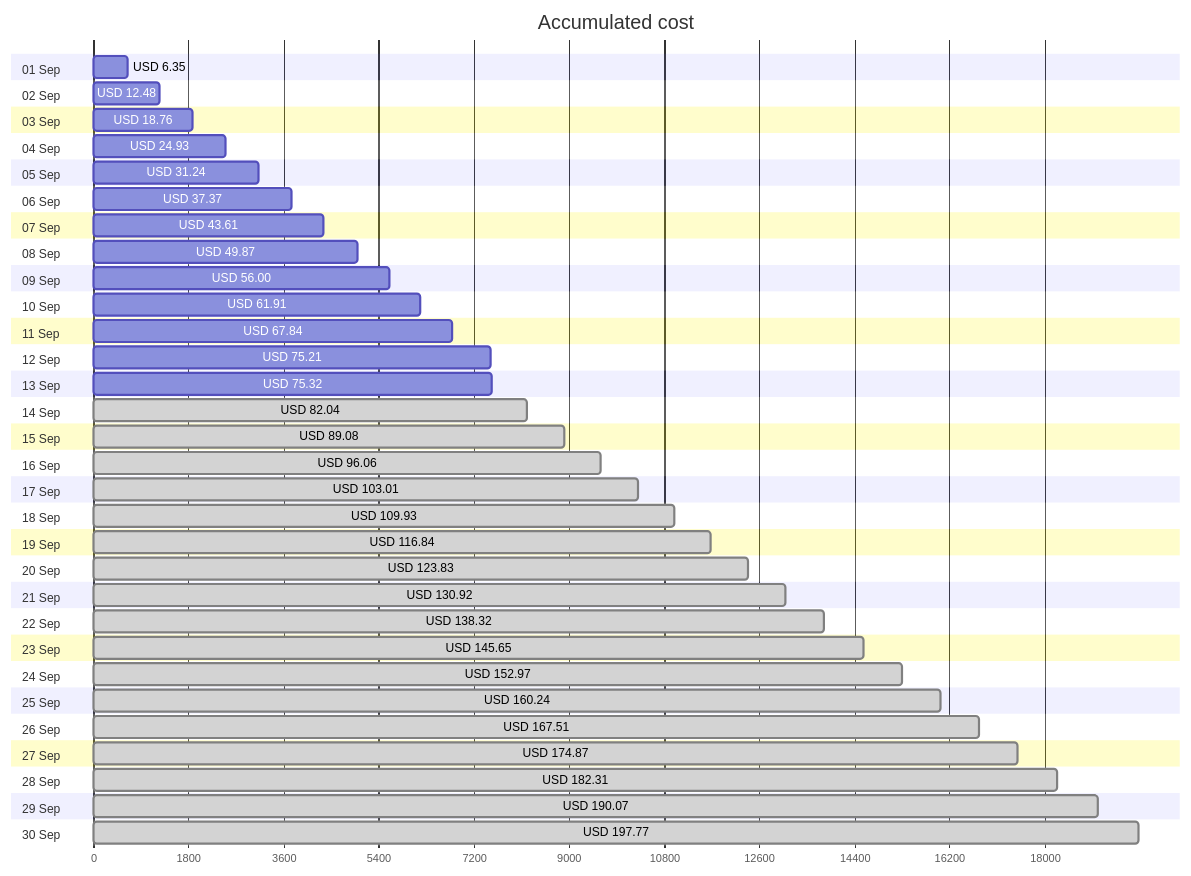
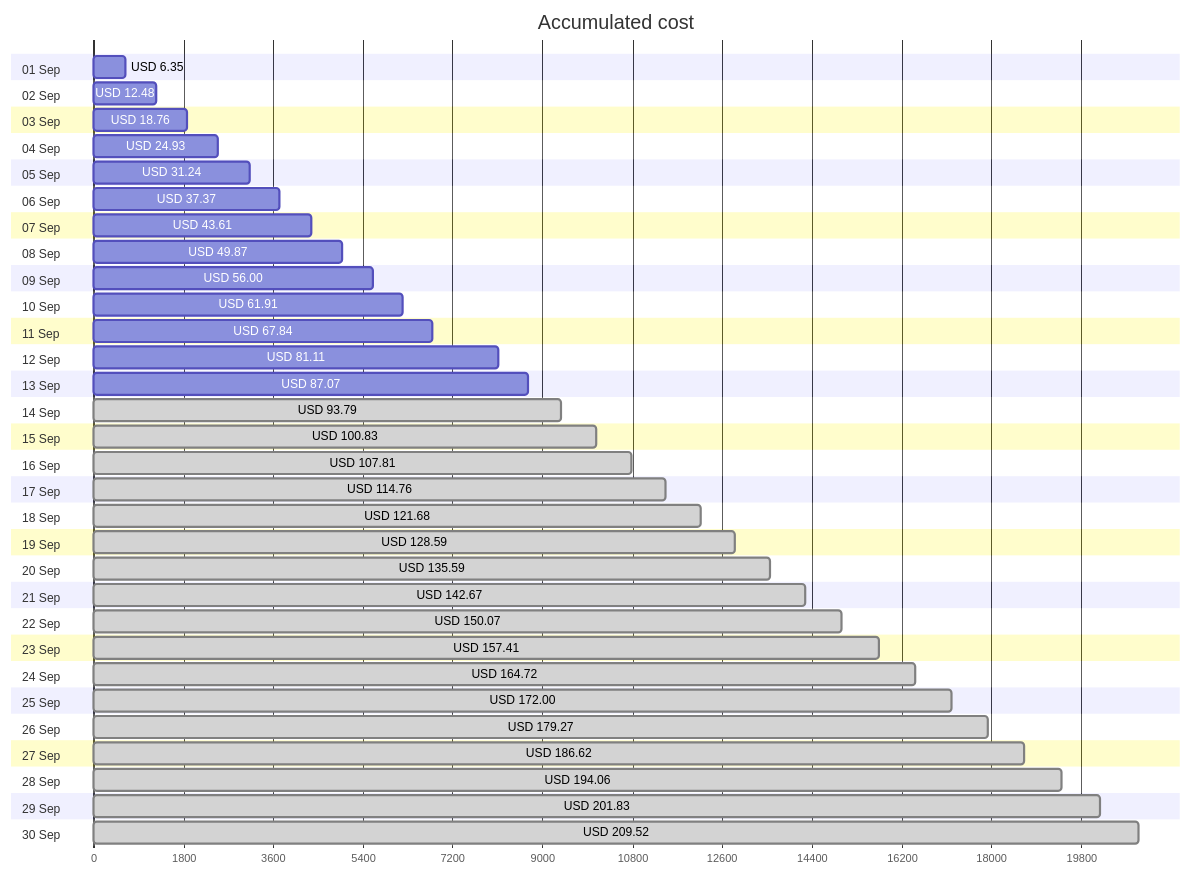
Before and after one commit to jpfulton/azure-personal-reports: the first of 4 diagrams in cost-reports/accumulated-cost.md, drawn with Mermaid. The commit also changed other lines of this file and 2 other files, not shown here.

````diff
--- a/cost-reports/accumulated-cost.md
+++ b/cost-reports/accumulated-cost.md
@@ -20,66 +20,66 @@
 ```mermaid
 gantt
    title Accumulated cost
    dateFormat  X
    axisFormat %s
    section 01 Sep
    USD 6.35 :0, 635
    section 02 Sep
    USD 12.48 :0, 1248
    section 03 Sep
    USD 18.76 :0, 1876
    section 04 Sep
    USD 24.93 :0, 2493
    section 05 Sep
    USD 31.24 :0, 3124
    section 06 Sep
    USD 37.37 :0, 3737
    section 07 Sep
    USD 43.61 :0, 4361
    section 08 Sep
    USD 49.87 :0, 4987
    section 09 Sep
    USD 56.00 :0, 5600
    section 10 Sep
    USD 61.91 :0, 6191
    section 11 Sep
    USD 67.84 :0, 6784
    section 12 Sep
-   USD 75.21 :0, 7521
+   USD 81.11 :0, 8111
    section 13 Sep
-   USD 75.32 :0, 7532
+   USD 87.07 :0, 8707
    section 14 Sep
-   USD 82.04 : done, 0, 8204
+   USD 93.79 : done, 0, 9379
    section 15 Sep
-   USD 89.08 : done, 0, 8908
+   USD 100.83 : done, 0, 10083
    section 16 Sep
-   USD 96.06 : done, 0, 9606
+   USD 107.81 : done, 0, 10781
    section 17 Sep
-   USD 103.01 : done, 0, 10301
+   USD 114.76 : done, 0, 11476
    section 18 Sep
-   USD 109.93 : done, 0, 10993
+   USD 121.68 : done, 0, 12168
    section 19 Sep
-   USD 116.84 : done, 0, 11684
+   USD 128.59 : done, 0, 12859
    section 20 Sep
-   USD 123.83 : done, 0, 12383
+   USD 135.59 : done, 0, 13559
    section 21 Sep
-   USD 130.92 : done, 0, 13092
+   USD 142.67 : done, 0, 14267
    section 22 Sep
-   USD 138.32 : done, 0, 13832
+   USD 150.07 : done, 0, 15007
    section 23 Sep
-   USD 145.65 : done, 0, 14565
+   USD 157.41 : done, 0, 15741
    section 24 Sep
-   USD 152.97 : done, 0, 15297
+   USD 164.72 : done, 0, 16472
    section 25 Sep
-   USD 160.24 : done, 0, 16024
+   USD 172.00 : done, 0, 17200
    section 26 Sep
-   USD 167.51 : done, 0, 16751
+   USD 179.27 : done, 0, 17927
    section 27 Sep
-   USD 174.87 : done, 0, 17487
+   USD 186.62 : done, 0, 18662
    section 28 Sep
-   USD 182.31 : done, 0, 18231
+   USD 194.06 : done, 0, 19406
    section 29 Sep
-   USD 190.07 : done, 0, 19007
+   USD 201.83 : done, 0, 20183
    section 30 Sep
-   USD 197.77 : done, 0, 19777
+   USD 209.52 : done, 0, 20952
 ```
````
